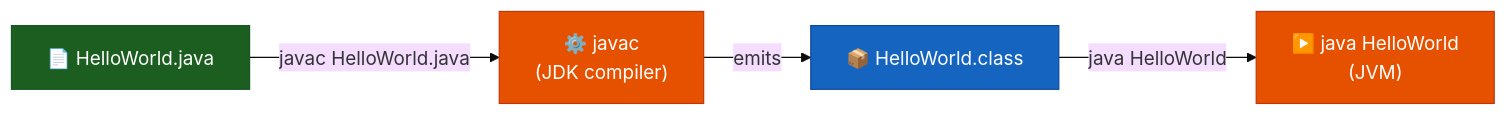
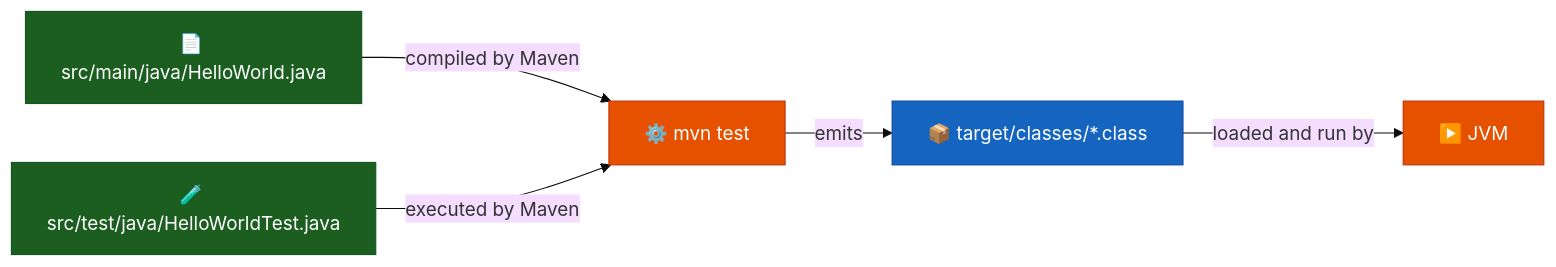
Diagram 11 of 15 in arc42-documentation.md (ktruchcz/copilot-test-ktruchcz), drawn with Mermaid (base theme) before and after one commit. The commit also changed other lines of this file, not shown here.

First line of the commit message:
Sync arc42 docs with Java 25 build and CI

````diff
--- a/arc42-documentation.md
+++ b/arc42-documentation.md
@@ -394,15 +400,17 @@
 ```mermaid
 flowchart LR
     classDef src fill:#1B5E20,stroke:#155724,color:#fff
     classDef tool fill:#E65100,stroke:#BF360C,color:#fff
     classDef out fill:#1565C0,stroke:#0D47A1,color:#fff
 
-    src["📄 HelloWorld.java"]:::src
-    javac["⚙️ javac\n(JDK compiler)"]:::tool
-    bytecode["📦 HelloWorld.class"]:::out
-    jvm["▶️ java HelloWorld\n(JVM)"]:::tool
+    src["📄 src/main/java/HelloWorld.java"]:::src
+    testSrc["🧪 src/test/java/HelloWorldTest.java"]:::src
+    maven["⚙️ mvn test"]:::tool
+    bytecode["📦 target/classes/*.class"]:::out
+    jvm["▶️ JVM"]:::tool
 
-    src -->|"javac HelloWorld.java"| javac
-    javac -->|"emits"| bytecode
-    bytecode -->|"java HelloWorld"| jvm
+    src -->|"compiled by Maven"| maven
+    testSrc -->|"executed by Maven"| maven
+    maven -->|"emits"| bytecode
+    bytecode -->|"loaded and run by"| jvm
 ```
````
